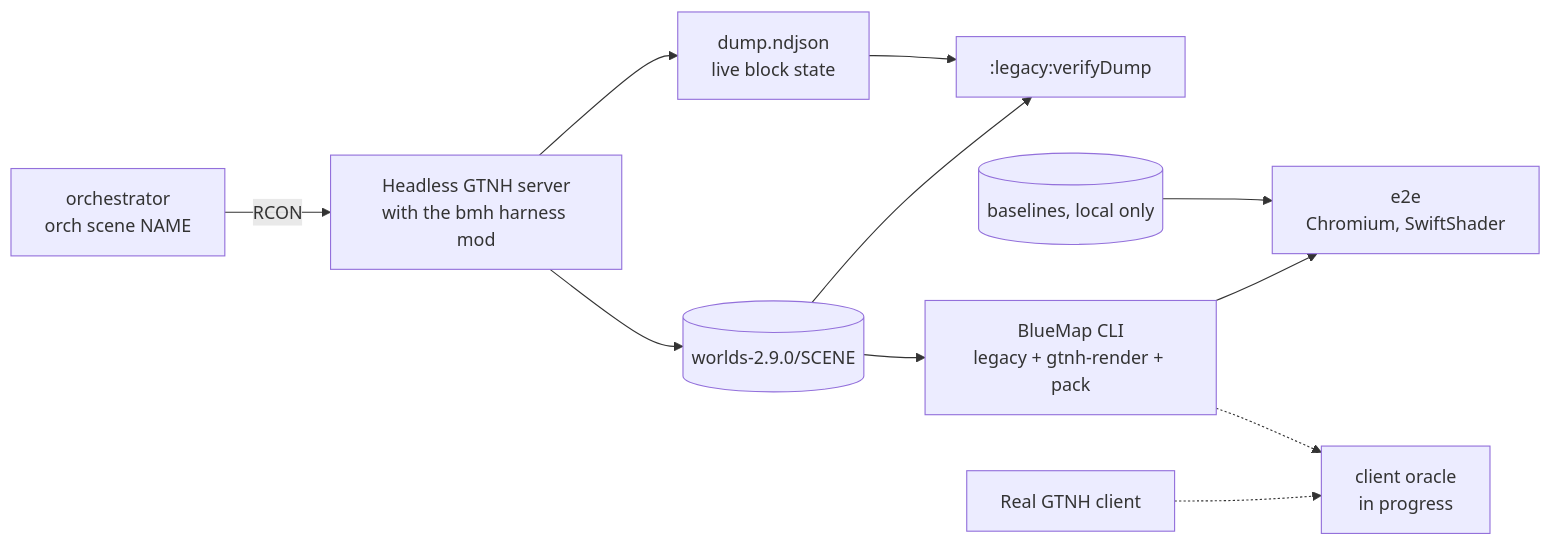
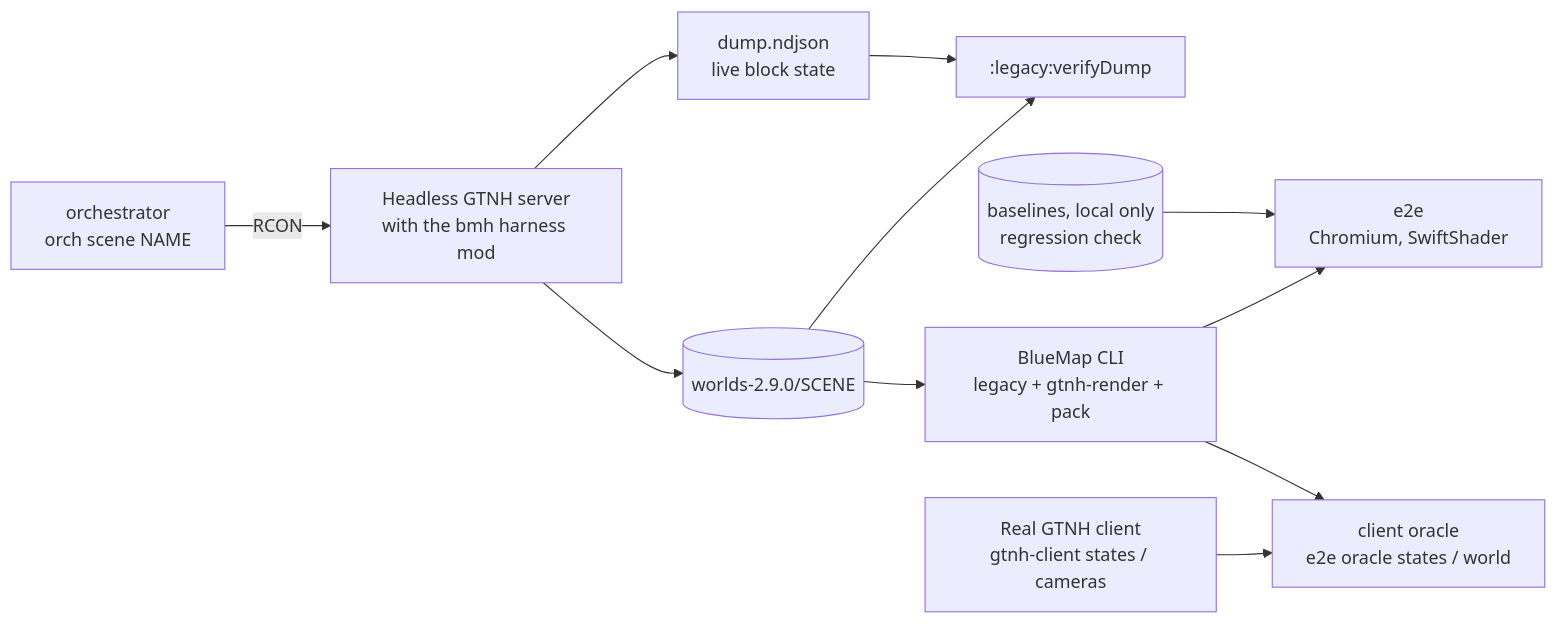
One commit to Bluemap-GTNH-Unofficial/BlueMap-GTNH changed the third of 3 diagrams in site/architecture.md. Above: the diagram before and after it, drawn with Mermaid. The commit also changed other lines of this file and 17 other files, not shown here.

Commit message:
docs: describe GTNH 2.9.0 support, Modernity fix and oracle results

````diff
--- a/site/architecture.md
+++ b/site/architecture.md
@@ -151,13 +157,13 @@
 ```mermaid
 flowchart LR
   orch["orchestrator<br/>orch scene NAME"] -->|RCON| server["Headless GTNH server<br/>with the bmh harness mod"]
   server --> worlds[("worlds-2.9.0/SCENE")]
   server --> dump["dump.ndjson<br/>live block state"]
   worlds --> verify[":legacy:verifyDump"]
   dump --> verify
   worlds --> cli["BlueMap CLI<br/>legacy + gtnh-render + pack"]
   cli --> e2e["e2e<br/>Chromium, SwiftShader"]
-  baselines[("baselines, local only")] --> e2e
-  realclient["Real GTNH client"] -.-> oracle["client oracle<br/>in progress"]
-  cli -.-> oracle
+  baselines[("baselines, local only<br/>regression check")] --> e2e
+  realclient["Real GTNH client<br/>gtnh-client states / cameras"] --> oracle["client oracle<br/>e2e oracle states / world"]
+  cli --> oracle
 ```
````
